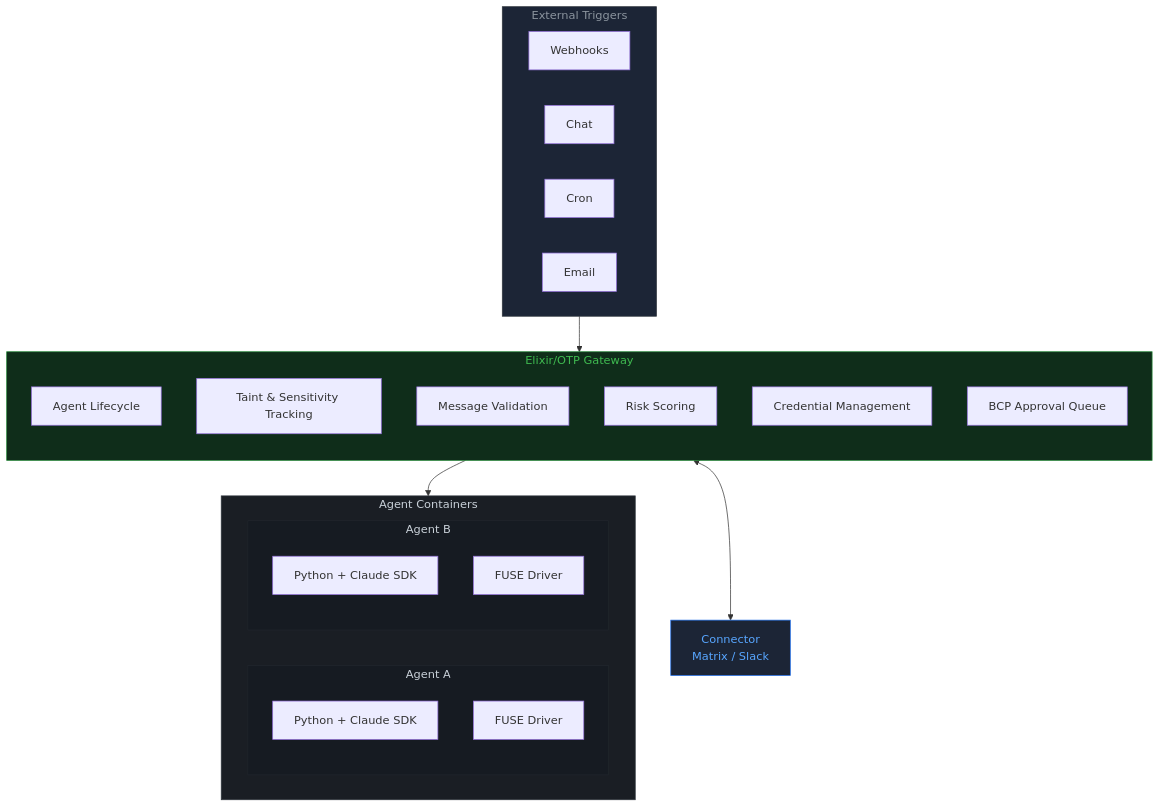
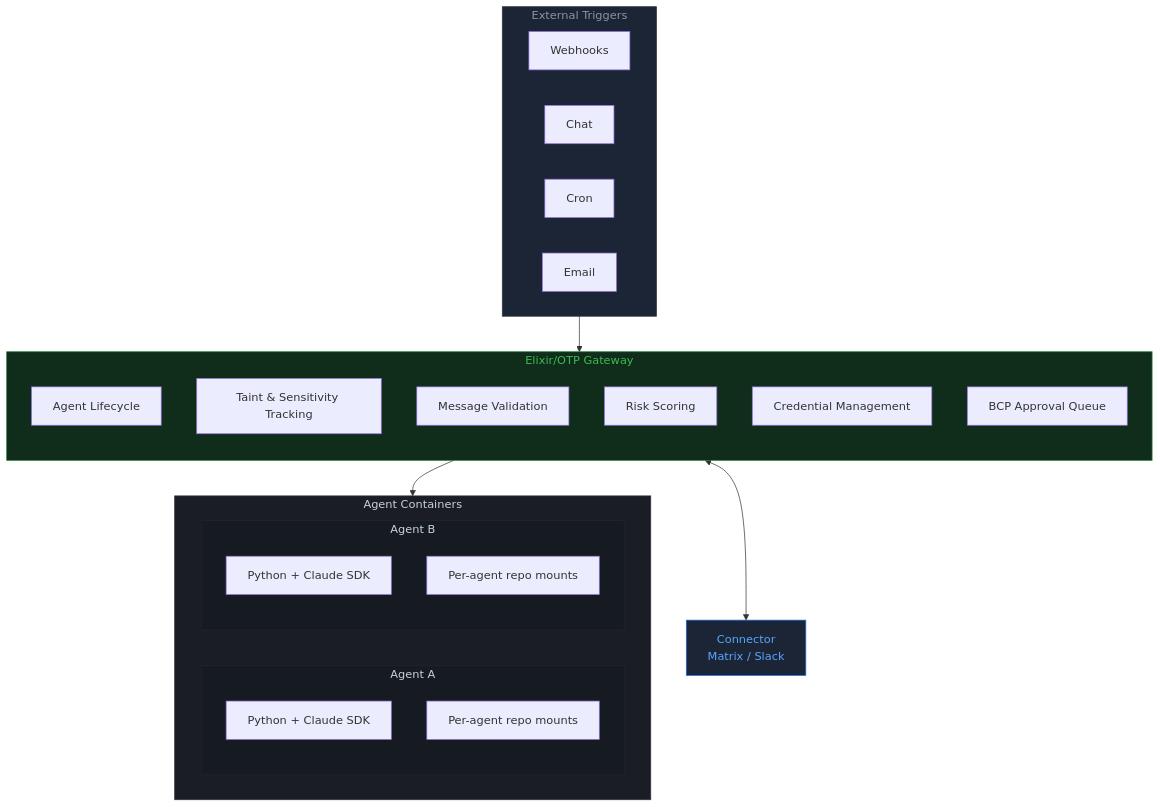
The diagram in docs/index.md (tri-onyx/tri-onyx), drawn with Mermaid before and after one commit. The commit also changed other lines of this file and 114 other files, not shown here.

````diff
--- a/docs/index.md
+++ b/docs/index.md
@@ -68,44 +68,44 @@
 ```mermaid
 graph TB
     subgraph triggers["External Triggers"]
         WH[Webhooks]
         CH[Chat]
         CR[Cron]
         EM[Email]
     end
 
     subgraph gateway["Elixir/OTP Gateway"]
         direction TB
         LC[Agent Lifecycle]
         TT[Taint & Sensitivity Tracking]
         MV[Message Validation]
         RS[Risk Scoring]
         CM[Credential Management]
         BQ[BCP Approval Queue]
     end
 
     subgraph agents["Agent Containers"]
         direction LR
         subgraph agentA["Agent A"]
             PA[Python + Claude SDK]
-            FA[FUSE Driver]
+            FA[Per-agent repo mounts]
         end
         subgraph agentB["Agent B"]
             PB[Python + Claude SDK]
-            FB[FUSE Driver]
+            FB[Per-agent repo mounts]
         end
     end
 
     CON[Connector<br/>Matrix / Slack]
 
     triggers --> gateway
     gateway --> agents
     gateway <--> CON
 
     style triggers fill:#1c2536,stroke:#30363d,color:#8b949e
     style gateway fill:#0f2d1a,stroke:#238636,color:#3fb950
     style agents fill:#1a1e24,stroke:#30363d,color:#c9d1d9
     style agentA fill:#161b22,stroke:#21262d,color:#c9d1d9
     style agentB fill:#161b22,stroke:#21262d,color:#c9d1d9
     style CON fill:#1c2536,stroke:#1f6feb,color:#58a6ff
 ```
````
